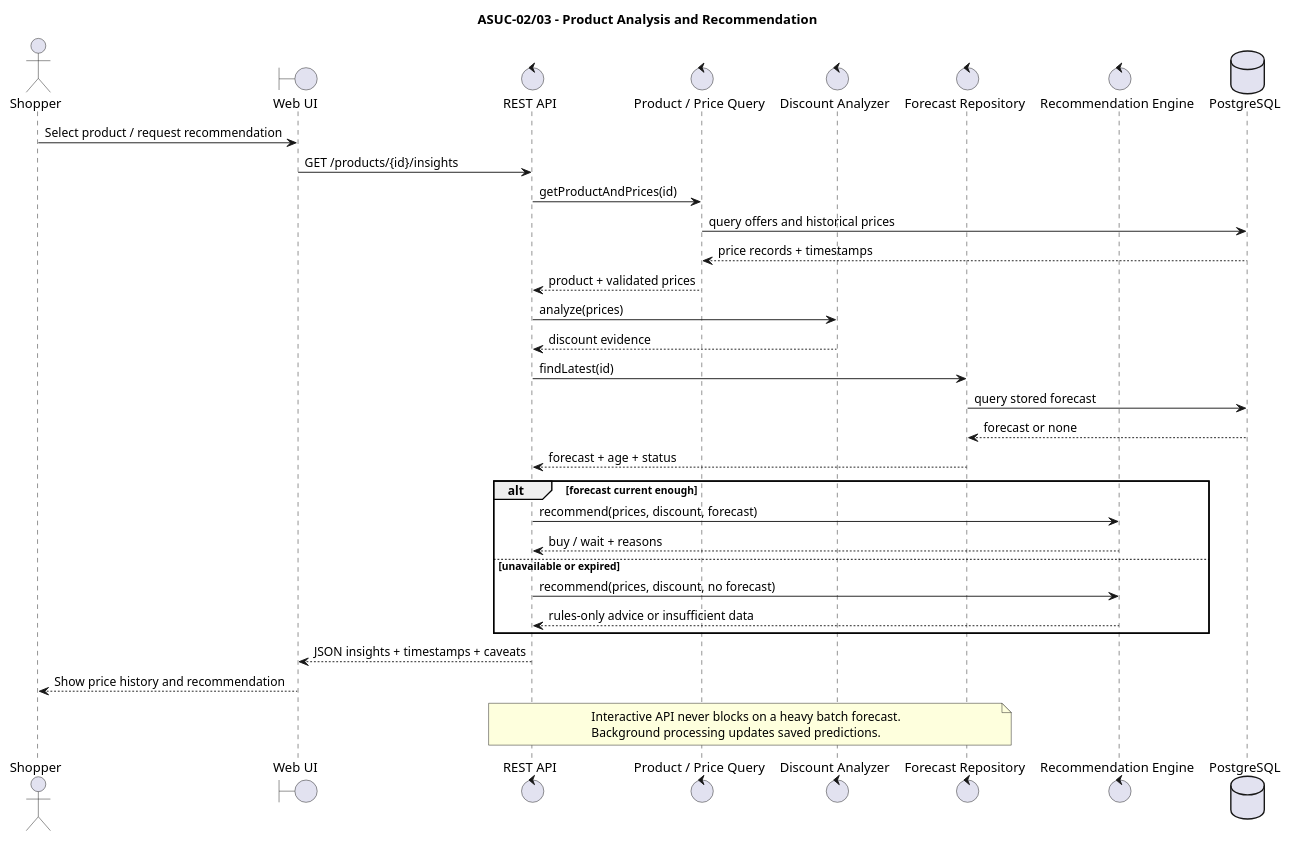
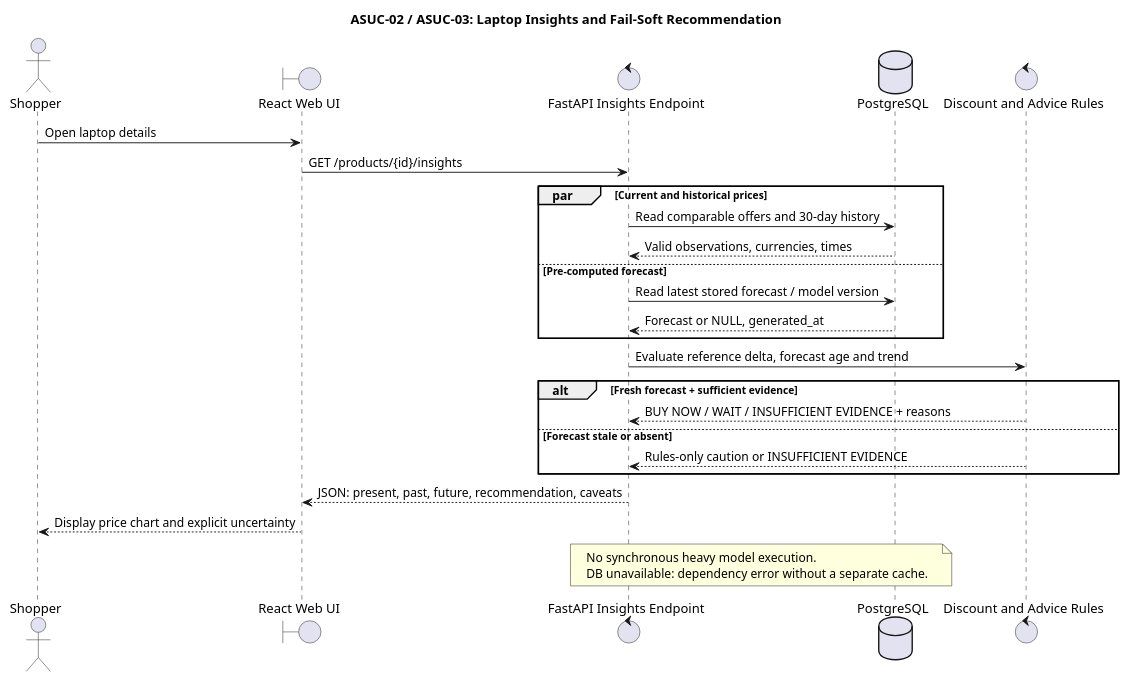
One commit to anchelesr/AACC-Smart-Shopping changed the diagram in docs/diagrams/sequence-shopping.puml. Above: the diagram before and after it, drawn with PlantUML. The commit also changed 24 other files, not shown here.

```diff
--- a/docs/diagrams/sequence-shopping.puml
+++ b/docs/diagrams/sequence-shopping.puml
@@ -1,37 +1,31 @@
 @startuml
-title ASUC-02/03 - Product Analysis and Recommendation
+title ASUC-02 / ASUC-03: Laptop Insights and Fail-Soft Recommendation
 skinparam shadowing false
+skinparam backgroundColor white
 actor Shopper
-boundary "Web UI" as UI
-control "REST API" as API
-control "Product / Price Query" as Price
-control "Discount Analyzer" as Discount
-control "Forecast Repository" as Forecast
-control "Recommendation Engine" as Rec
+boundary "React Web UI" as UI
+control "FastAPI Insights Endpoint" as API
 database "PostgreSQL" as DB
-Shopper -> UI : Select product / request recommendation
+control "Discount and Advice Rules" as Rule
+Shopper -> UI : Open laptop details
 UI -> API : GET /products/{id}/insights
-API -> Price : getProductAndPrices(id)
-Price -> DB : query offers and historical prices
-DB --> Price : price records + timestamps
-Price --> API : product + validated prices
-API -> Discount : analyze(prices)
-Discount --> API : discount evidence
-API -> Forecast : findLatest(id)
-Forecast -> DB : query stored forecast
-DB --> Forecast : forecast or none
-Forecast --> API : forecast + age + status
-alt forecast current enough
-  API -> Rec : recommend(prices, discount, forecast)
-  Rec --> API : buy / wait + reasons
-else unavailable or expired
-  API -> Rec : recommend(prices, discount, no forecast)
-  Rec --> API : rules-only advice or insufficient data
+par Current and historical prices
+  API -> DB : Read comparable offers and 30-day history
+  DB --> API : Valid observations, currencies, times
+else Pre-computed forecast
+  API -> DB : Read latest stored forecast / model version
+  DB --> API : Forecast or NULL, generated_at
 end
-API --> UI : JSON insights + timestamps + caveats
-UI --> Shopper : Show price history and recommendation
-note over API,Forecast
-  Interactive API never blocks on a heavy batch forecast.
-  Background processing updates saved predictions.
+API -> Rule : Evaluate reference delta, forecast age and trend
+alt Fresh forecast + sufficient evidence
+  Rule --> API : BUY NOW / WAIT / INSUFFICIENT EVIDENCE + reasons
+else Forecast stale or absent
+  Rule --> API : Rules-only caution or INSUFFICIENT EVIDENCE
+end
+API --> UI : JSON: present, past, future, recommendation, caveats
+UI --> Shopper : Display price chart and explicit uncertainty
+note over API,DB
+  No synchronous heavy model execution.
+  DB unavailable: dependency error without a separate cache.
 end note
 @enduml
```
